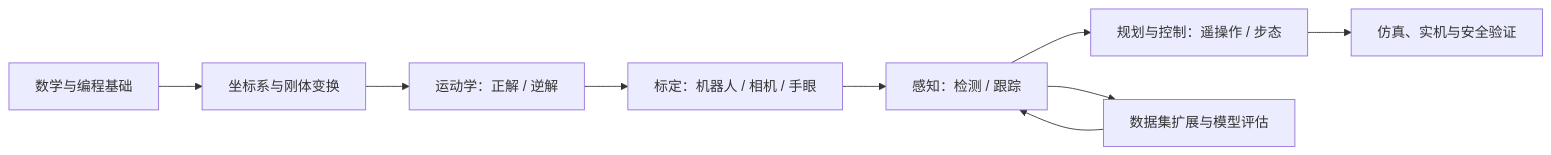
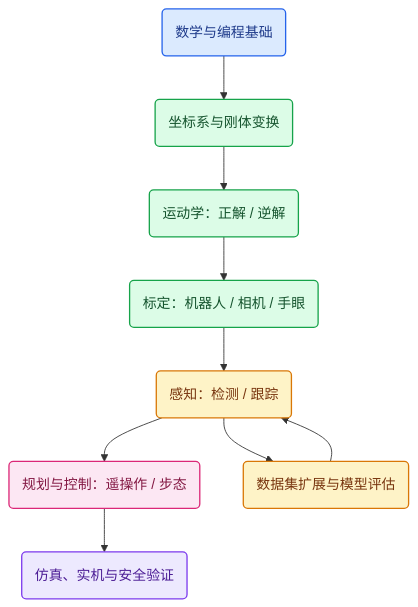
Before and after one commit to XuelinHu/blogs: the diagram in docs/posts/robot/机器人学习路线与视觉数据集扩展.md, drawn with Mermaid. The commit also changed 10 other files, not shown here.

Commit message:
style: improve mermaid flowchart layout and colors

````diff
--- a/docs/posts/robot/机器人学习路线与视觉数据集扩展.md
+++ b/docs/posts/robot/机器人学习路线与视觉数据集扩展.md
@@ -22,11 +22,16 @@
 ```mermaid
-flowchart LR
-  A[数学与编程基础] --> B[坐标系与刚体变换]
-  B --> C[运动学：正解 / 逆解]
-  C --> D[标定：机器人 / 相机 / 手眼]
-  D --> E[感知：检测 / 跟踪]
-  E --> F[规划与控制：遥操作 / 步态]
-  F --> G[仿真、实机与安全验证]
-  E --> H[数据集扩展与模型评估]
+flowchart TB
+  classDef foundation fill:#dbeafe,stroke:#2563eb,color:#1e3a8a,stroke-width:1.5px
+  classDef geometry fill:#dcfce7,stroke:#16a34a,color:#14532d,stroke-width:1.5px
+  classDef perception fill:#fef3c7,stroke:#d97706,color:#78350f,stroke-width:1.5px
+  classDef control fill:#fce7f3,stroke:#db2777,color:#831843,stroke-width:1.5px
+  classDef verify fill:#ede9fe,stroke:#7c3aed,color:#4c1d95,stroke-width:1.5px
+  A(数学与编程基础):::foundation --> B(坐标系与刚体变换):::geometry
+  B --> C(运动学：正解 / 逆解):::geometry
+  C --> D(标定：机器人 / 相机 / 手眼):::geometry
+  D --> E(感知：检测 / 跟踪):::perception
+  E --> F(规划与控制：遥操作 / 步态):::control
+  F --> G(仿真、实机与安全验证):::verify
+  E --> H(数据集扩展与模型评估):::perception
   H --> E
 ```
````
